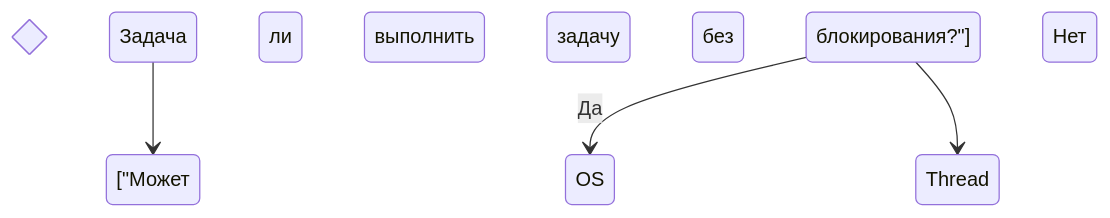
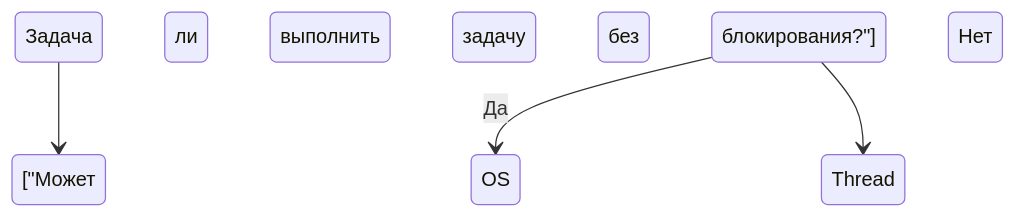
The diagram in Udemy/Node.js/README.md (zohidulla/training-skills), drawn with Mermaid before and after one commit.

Commit message:
Event loop

````diff
--- a/Udemy/Node.js/README.md
+++ b/Udemy/Node.js/README.md
@@ -224,7 +224,6 @@
 ```mermaid
 stateDiagram-v2
-state if_state <<choice>>
 Задача --> ["Может ли OS выполнить задачу без блокирования?"]
 ["Может ли OS выполнить задачу без блокирования?"] --> OS: Да
 ["Может ли OS выполнить задачу без блокирования?"] --> Thread Pool: Нет
 ```
````
